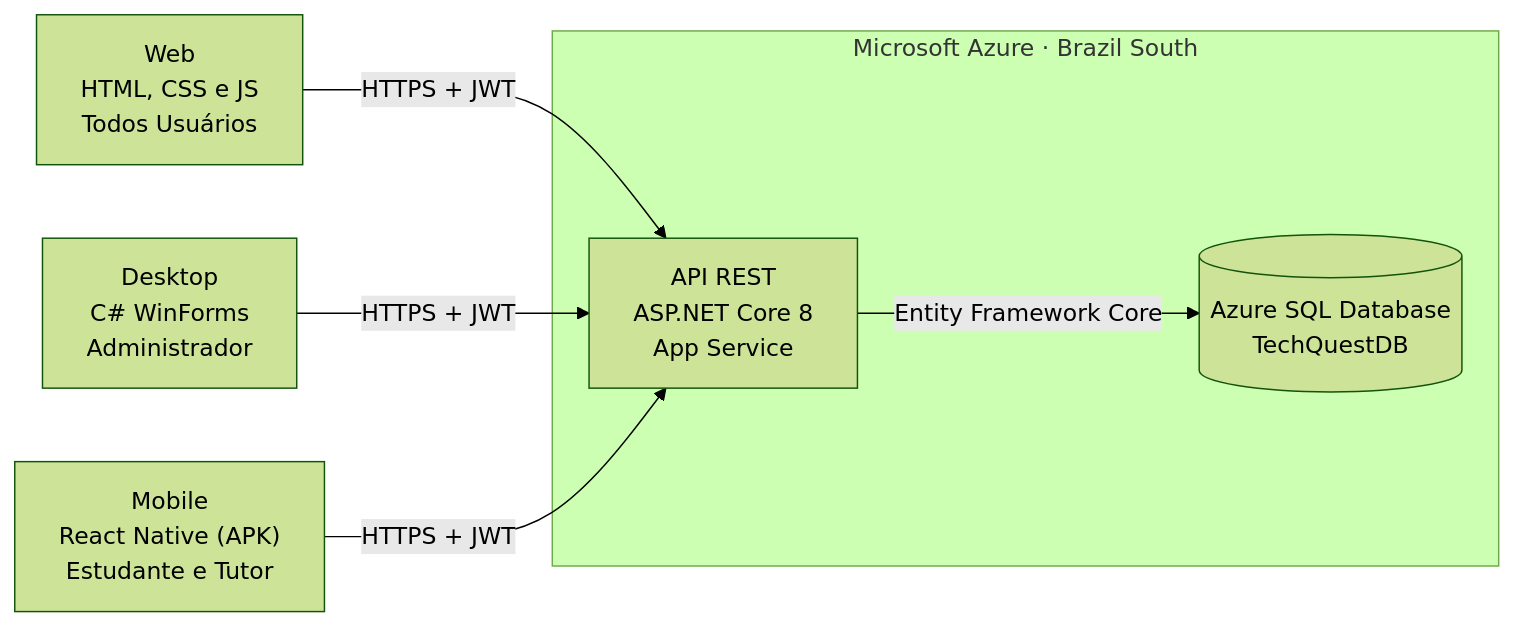
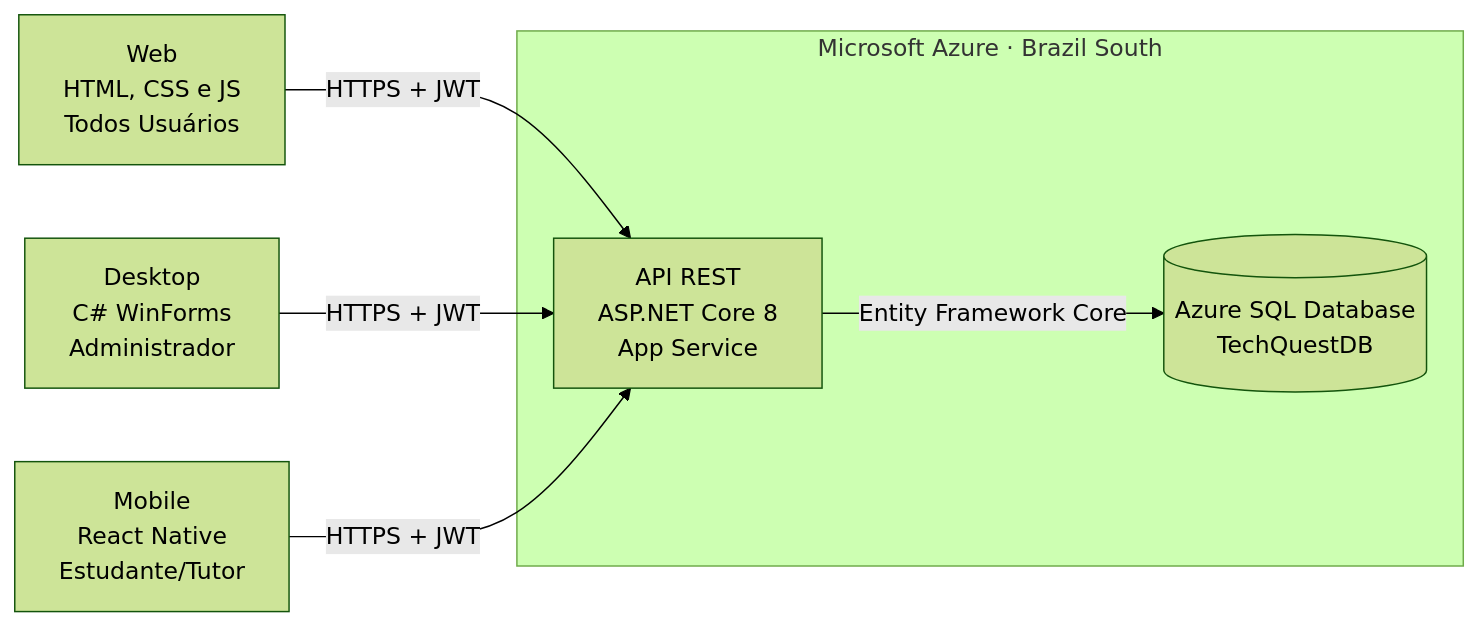
The diagram in README.md (WillSennaa/Pim-4), drawn with Mermaid (forest theme) before and after one commit.

Commit message:
atualiza readme

````diff
--- a/README.md
+++ b/README.md
@@ -23,14 +23,14 @@
 ```mermaid
 flowchart LR
     W["Web<br/>HTML, CSS e JS<br/>Todos Usuários"]
     D["Desktop<br/>C# WinForms<br/>Administrador"]
-    M["Mobile<br/>React Native (APK)<br/>Estudante e Tutor"]
+    M["Mobile<br/>React Native<br/>Estudante/Tutor"]
     subgraph Azure["Microsoft Azure · Brazil South"]
         A["API REST<br/>ASP.NET Core 8<br/>App Service"]
         B[("Azure SQL Database<br/>TechQuestDB")]
     end
     W -- "HTTPS + JWT" --> A
     D -- "HTTPS + JWT" --> A
     M -- "HTTPS + JWT" --> A
     A -- "Entity Framework Core" --> B
 ```
````
